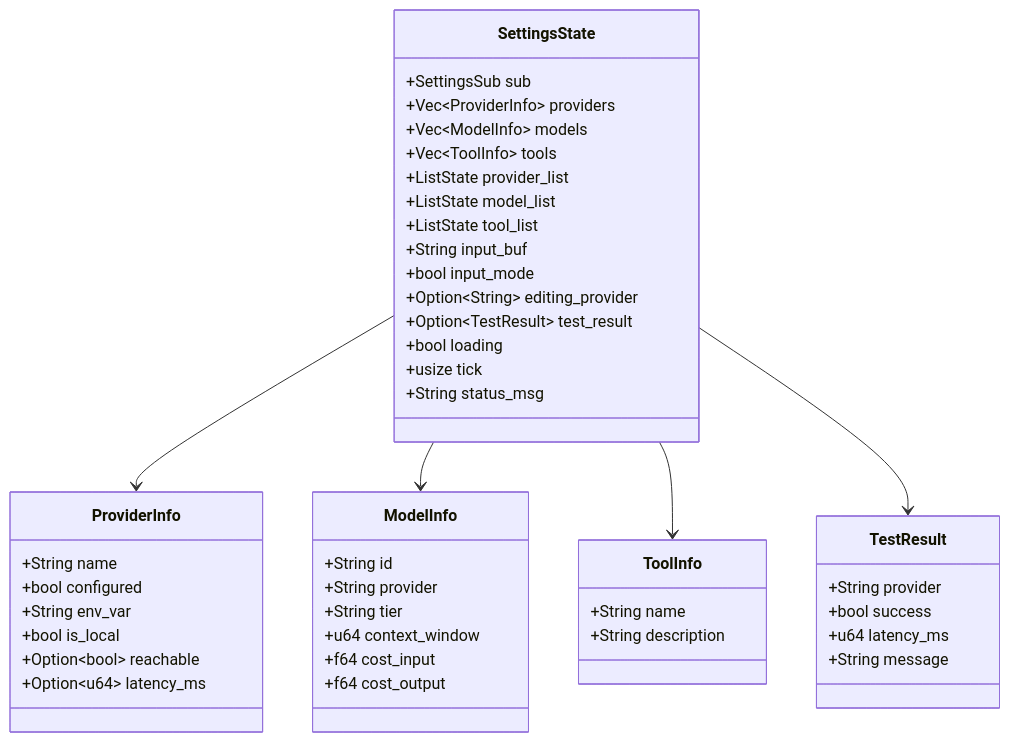
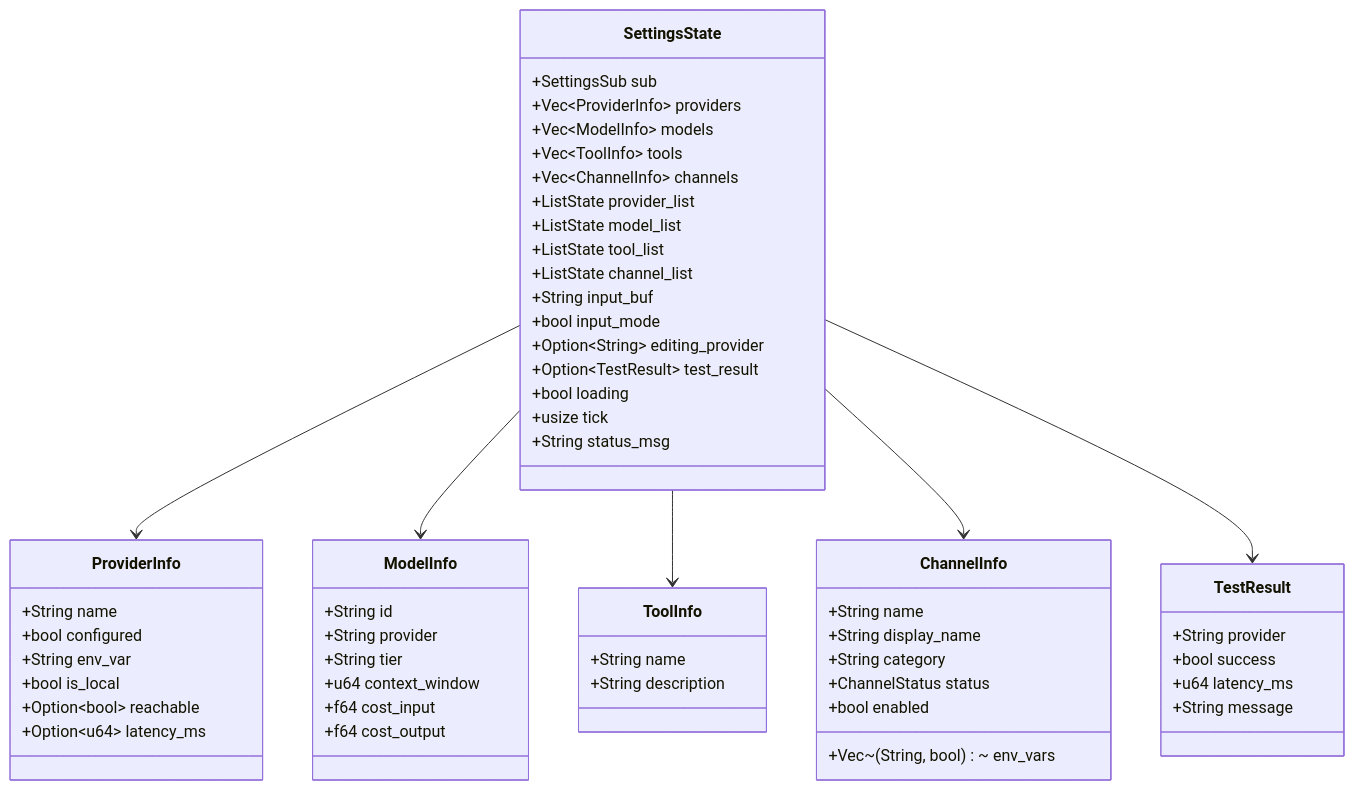
One commit to hexiaowen-bot/openfang changed the second of 7 diagrams in .qoder/repowiki/zh/content/CLI 工具和桌面应用/TUI 仪表板/设置屏幕.md. Above: the diagram before and after it, drawn with Mermaid. The commit also changed other lines of this file and 65 other files, not shown here.

````diff
--- a/.qoder/repowiki/zh/content/CLI 工具和桌面应用/TUI 仪表板/设置屏幕.md
+++ b/.qoder/repowiki/zh/content/CLI 工具和桌面应用/TUI 仪表板/设置屏幕.md
@@ -83,49 +97,60 @@
 ```mermaid
 classDiagram
 class SettingsState {
 +SettingsSub sub
 +Vec~ProviderInfo~ providers
 +Vec~ModelInfo~ models
 +Vec~ToolInfo~ tools
++Vec~ChannelInfo~ channels
 +ListState provider_list
 +ListState model_list
 +ListState tool_list
++ListState channel_list
 +String input_buf
 +bool input_mode
 +Option~String~ editing_provider
 +Option~TestResult~ test_result
 +bool loading
 +usize tick
 +String status_msg
 }
 class ProviderInfo {
 +String name
 +bool configured
 +String env_var
 +bool is_local
 +Option~bool~ reachable
 +Option~u64~ latency_ms
 }
 class ModelInfo {
 +String id
 +String provider
 +String tier
 +u64 context_window
 +f64 cost_input
 +f64 cost_output
 }
 class ToolInfo {
 +String name
 +String description
 }
+class ChannelInfo {
++String name
++String display_name
++String category
++ChannelStatus status
++Vec~(String, bool)~ env_vars
++bool enabled
+}
 class TestResult {
 +String provider
 +bool success
 +u64 latency_ms
 +String message
 }
 SettingsState --> ProviderInfo
 SettingsState --> ModelInfo
 SettingsState --> ToolInfo
+SettingsState --> ChannelInfo
 SettingsState --> TestResult
 ```
````
